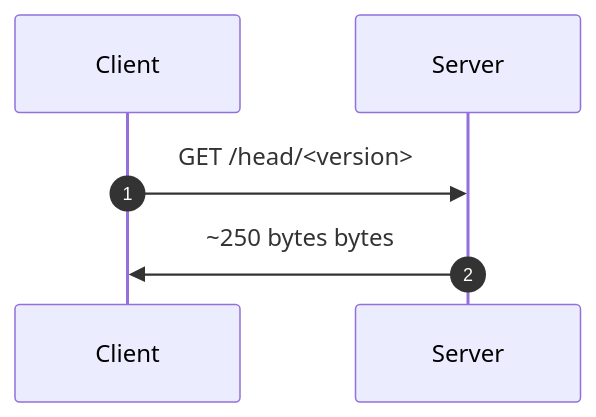
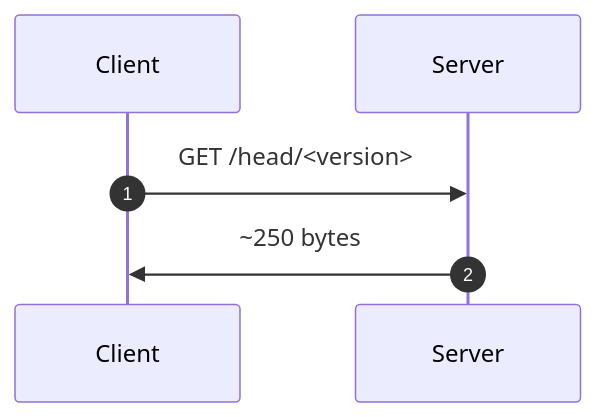
The fourth of 4 diagrams in PROPOSAL.md (bitmeta69/securedrop), drawn with Mermaid before and after one commit. The commit also changed other lines of this file and 3 other files, not shown here.

````diff
--- a/PROPOSAL.md
+++ b/PROPOSAL.md
@@ -136,10 +137,10 @@
 ```mermaid
 sequenceDiagram
 autonumber
 
 participant Client
 participant Server
 
 Client ->> Server: GET /head/<version>
-Server ->> Client: ~250 bytes bytes
+Server ->> Client: ~250 bytes
 ```
````
